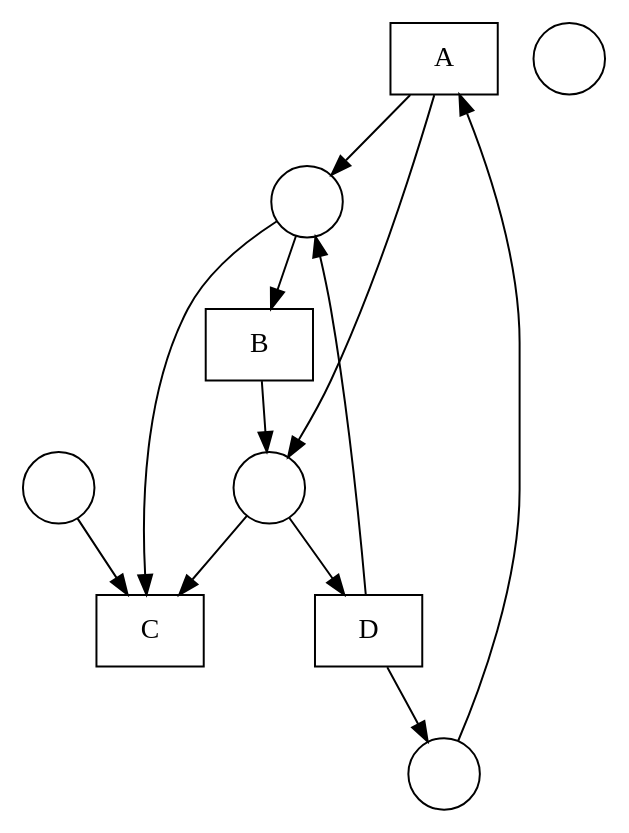
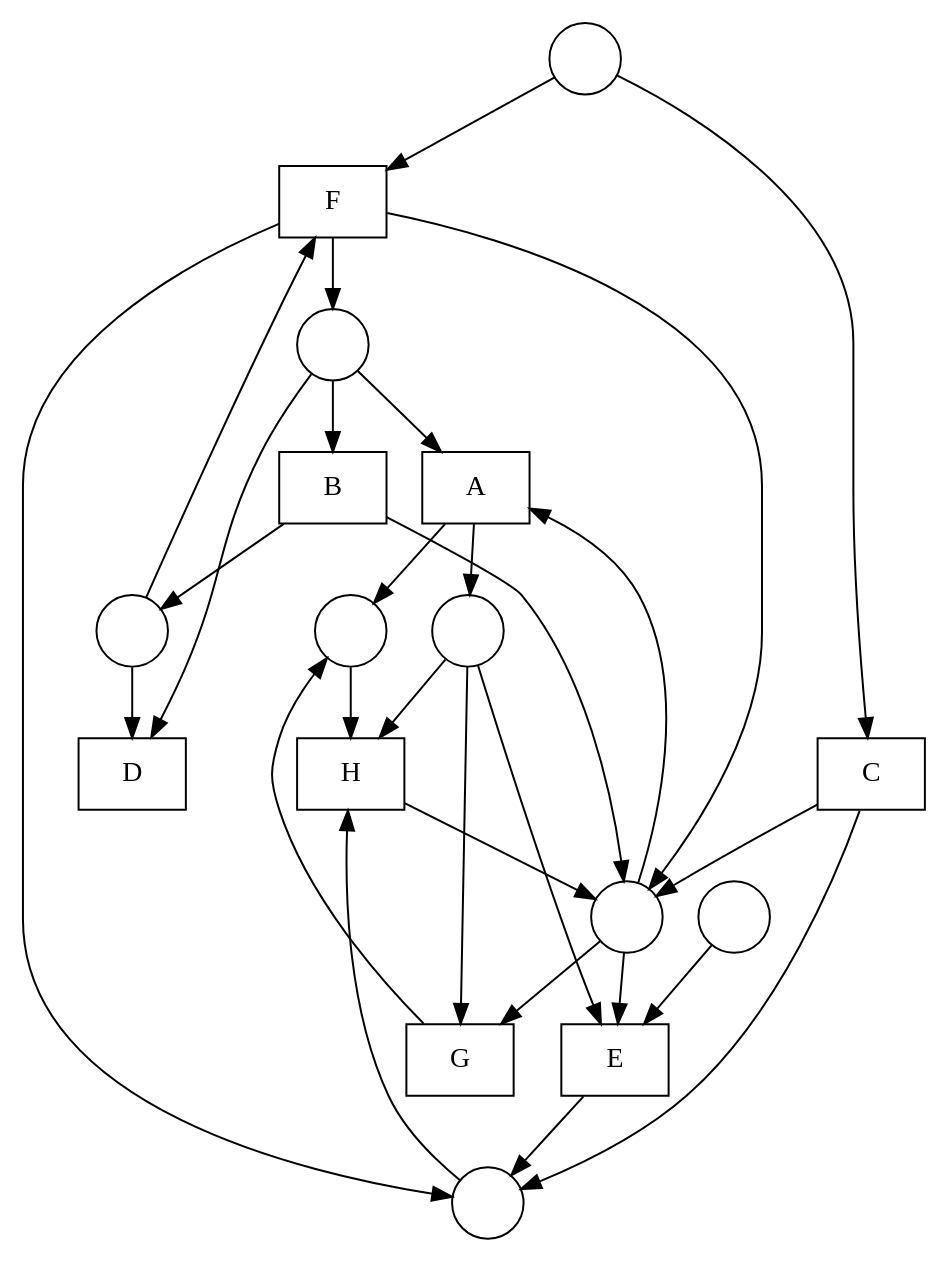
One commit to DWitek97/GeneticMiner changed the diagram in nets/Fittest net.gv. Above: the diagram before and after it, drawn with Graphviz. The commit also changed 7 other files, not shown here.

```diff
--- a/nets/Fittest net.gv
+++ b/nets/Fittest net.gv
@@ -1,24 +1,48 @@
 digraph "Fittest net" {
 	node [shape=box]
 	A [label=A]
 	B [label=B]
+	H [label=H]
 	C [label=C]
 	D [label=D]
+	E [label=E]
+	F [label=F]
+	G [label=G]
 	node [shape=circle]
 	1 [label=" "]
 	2 [label=" "]
 	3 [label=" "]
 	4 [label=" "]
 	5 [label=" "]
-	2 -> A
+	6 [label=" "]
+	7 [label=" "]
+	8 [label=" "]
+	1 -> A
+	4 -> A
+	A -> 2
 	A -> 3
-	A -> 4
-	3 -> B
+	1 -> B
 	B -> 4
-	3 -> C
-	4 -> C
-	1 -> C
-	4 -> D
-	D -> 3
-	D -> 2
+	B -> 8
+	2 -> H
+	6 -> H
+	3 -> H
+	H -> 4
+	5 -> C
+	C -> 4
+	C -> 6
+	1 -> D
+	8 -> D
+	3 -> E
+	7 -> E
+	4 -> E
+	E -> 6
+	5 -> F
+	8 -> F
+	F -> 1
+	F -> 6
+	F -> 4
+	3 -> G
+	4 -> G
+	G -> 2
 }
```
